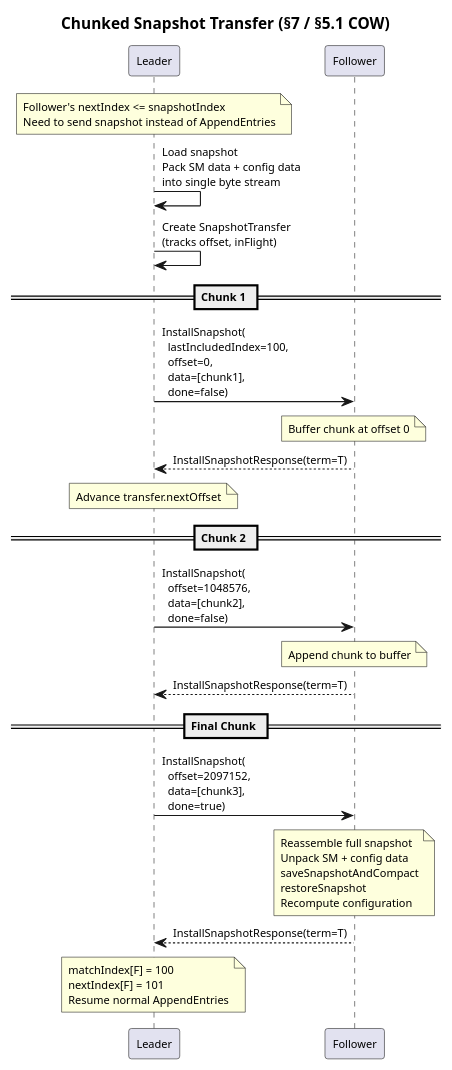
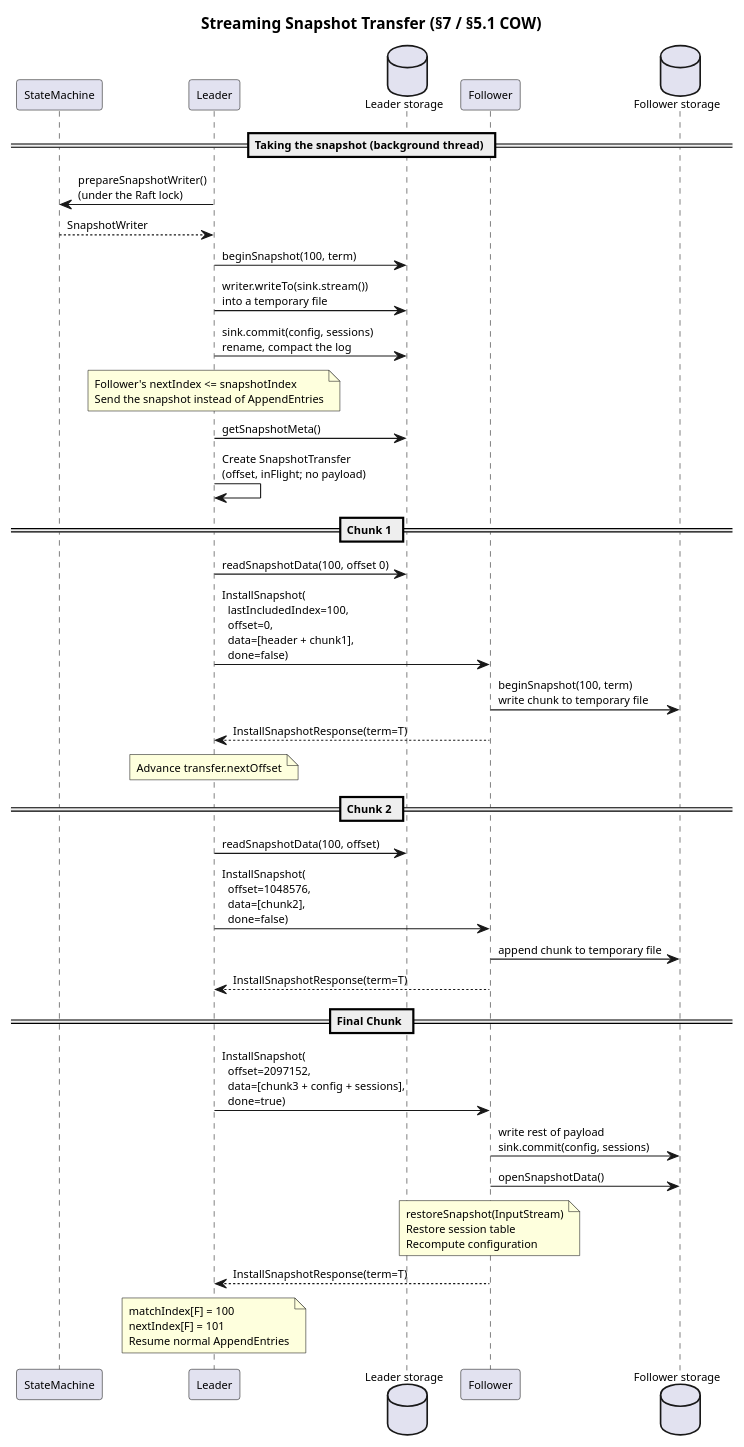
The diagram in docs/snapshot.puml (fbtberger/fbtberger-raft), drawn with PlantUML before and after one commit. The commit also changed 16 other files, not shown here.

First line of the commit message:
Stream snapshots end to end instead of holding them as one array

```diff
--- a/docs/snapshot.puml
+++ b/docs/snapshot.puml
@@ -1,34 +1,45 @@
 @startuml
-title Chunked Snapshot Transfer (§7 / §5.1 COW)
+title Streaming Snapshot Transfer (§7 / §5.1 COW)
 skinparam defaultFontSize 10
 
+participant "StateMachine" as SM
 participant "Leader" as L
+database "Leader storage" as LS
 participant "Follower" as F
+database "Follower storage" as FS
 
-note over L: Follower's nextIndex <= snapshotIndex\nNeed to send snapshot instead of AppendEntries
+== Taking the snapshot (background thread) ==
+L -> SM: prepareSnapshotWriter()\n(under the Raft lock)
+SM --> L: SnapshotWriter
+L -> LS: beginSnapshot(100, term)
+L -> LS: writer.writeTo(sink.stream())\ninto a temporary file
+L -> LS: sink.commit(config, sessions)\nrename, compact the log
 
-L -> L: Load snapshot\nPack SM data + config data\ninto single byte stream
-L -> L: Create SnapshotTransfer\n(tracks offset, inFlight)
+note over L: Follower's nextIndex <= snapshotIndex\nSend the snapshot instead of AppendEntries
+
+L -> LS: getSnapshotMeta()
+L -> L: Create SnapshotTransfer\n(offset, inFlight; no payload)
 
 == Chunk 1 ==
-L -> F: InstallSnapshot(\n  lastIncludedIndex=100,\n  offset=0,\n  data=[chunk1],\n  done=false)
-
-note over F: Buffer chunk at offset 0
+L -> LS: readSnapshotData(100, offset 0)
+L -> F: InstallSnapshot(\n  lastIncludedIndex=100,\n  offset=0,\n  data=[header + chunk1],\n  done=false)
+F -> FS: beginSnapshot(100, term)\nwrite chunk to temporary file
 F --> L: InstallSnapshotResponse(term=T)
 note over L: Advance transfer.nextOffset
 
 == Chunk 2 ==
+L -> LS: readSnapshotData(100, offset)
 L -> F: InstallSnapshot(\n  offset=1048576,\n  data=[chunk2],\n  done=false)
-
-note over F: Append chunk to buffer
+F -> FS: append chunk to temporary file
 F --> L: InstallSnapshotResponse(term=T)
 
 == Final Chunk ==
-L -> F: InstallSnapshot(\n  offset=2097152,\n  data=[chunk3],\n  done=true)
-
-note over F: Reassemble full snapshot\nUnpack SM + config data\nsaveSnapshotAndCompact\nrestoreSnapshot\nRecompute configuration
+L -> F: InstallSnapshot(\n  offset=2097152,\n  data=[chunk3 + config + sessions],\n  done=true)
+F -> FS: write rest of payload\nsink.commit(config, sessions)
+F -> FS: openSnapshotData()
+note over F: restoreSnapshot(InputStream)\nRestore session table\nRecompute configuration
 F --> L: InstallSnapshotResponse(term=T)
 
 note over L: matchIndex[F] = 100\nnextIndex[F] = 101\nResume normal AppendEntries
 
 @enduml
```
